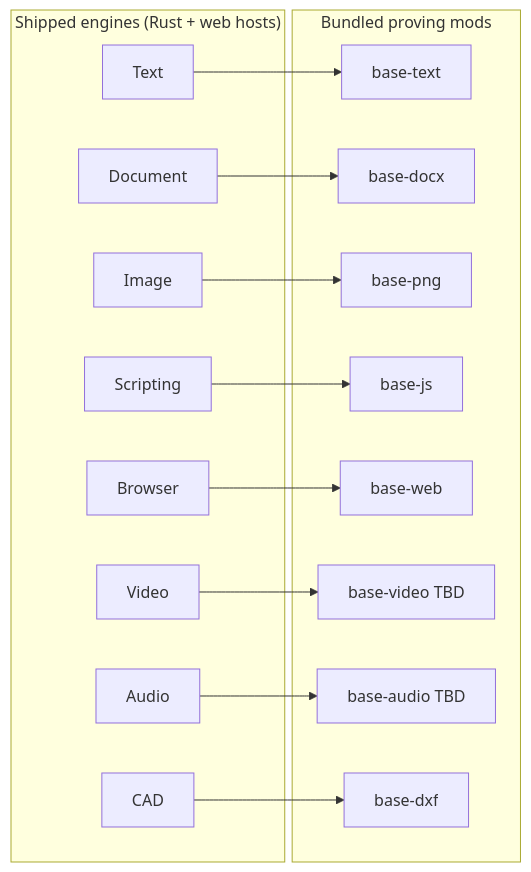
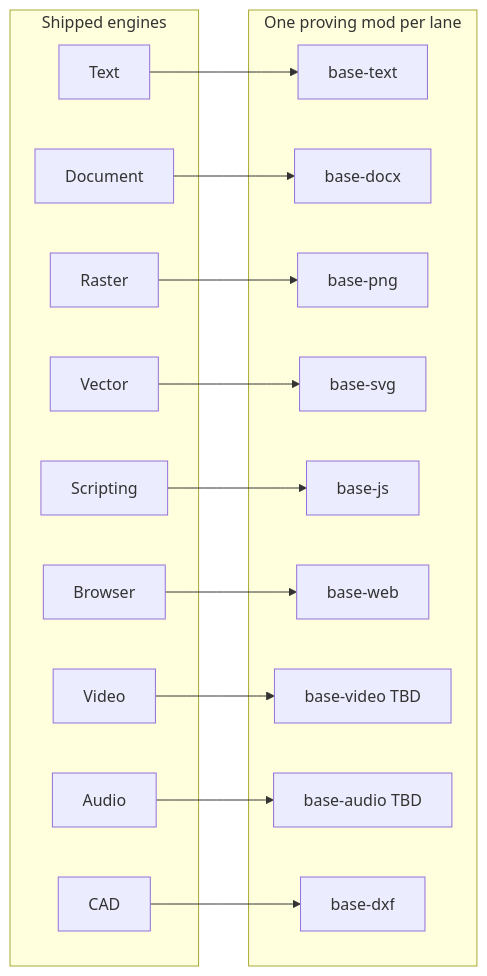
One commit to browforge/unibrowser changed the first of 6 diagrams in docs/architecture.md. Above: the diagram before and after it, drawn with Mermaid. The commit also changed other lines of this file and 3 other files, not shown here.

First line of the commit message:
Split raster/vector engines; ffmpeg for media; multi-engine mods

````diff
--- a/docs/architecture.md
+++ b/docs/architecture.md
@@ -24,33 +25,36 @@
 ```mermaid
 flowchart LR
-  subgraph HostEngines["Shipped engines (Rust + web hosts)"]
+  subgraph HostEngines["Shipped engines"]
     E1[Text]
     E2[Document]
-    E3[Image]
+    E3[Raster]
+    E3v[Vector]
     E4[Scripting]
     E5[Browser]
     E6[Video]
     E7[Audio]
     E8[CAD]
   end
 
-  subgraph ProvingMods["Bundled proving mods"]
+  subgraph ProvingMods["One proving mod per lane"]
     M1[base-text]
     M2[base-docx]
     M3[base-png]
+    M3v[base-svg]
     M4[base-js]
     M5[base-web]
     M6[base-video TBD]
     M7[base-audio TBD]
     M8[base-dxf]
   end
 
   E1 --> M1
   E2 --> M2
   E3 --> M3
+  E3v --> M3v
   E4 --> M4
   E5 --> M5
   E6 --> M6
   E7 --> M7
   E8 --> M8
 ```
````
